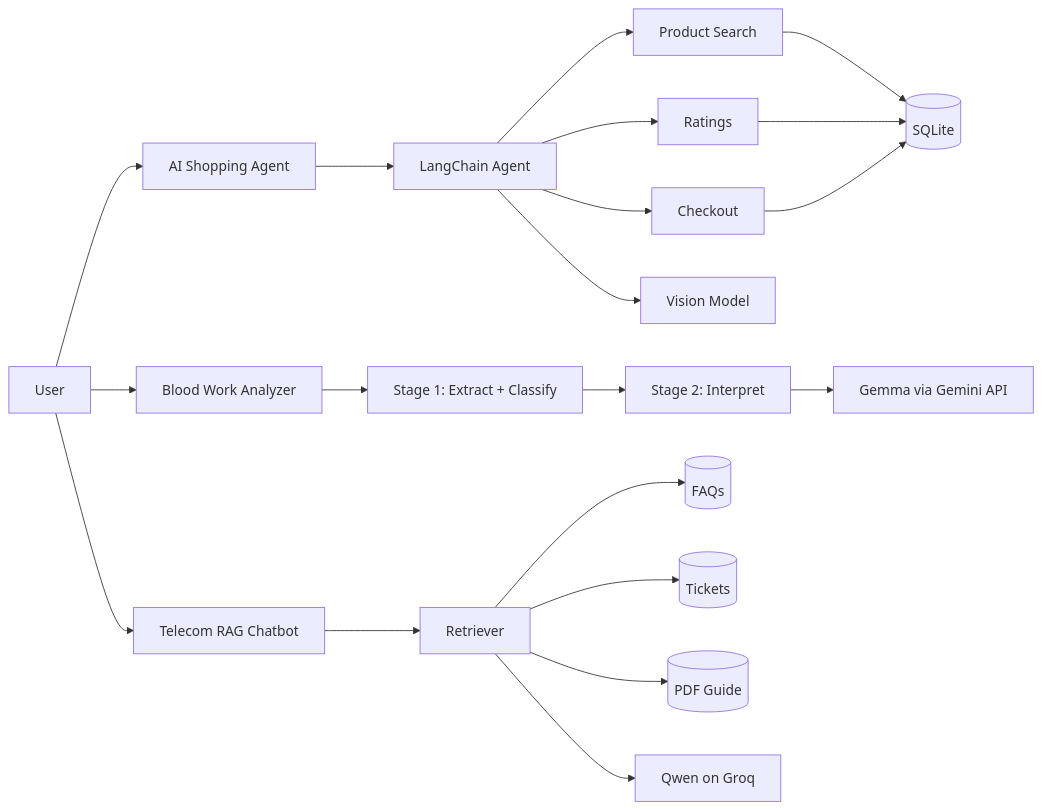
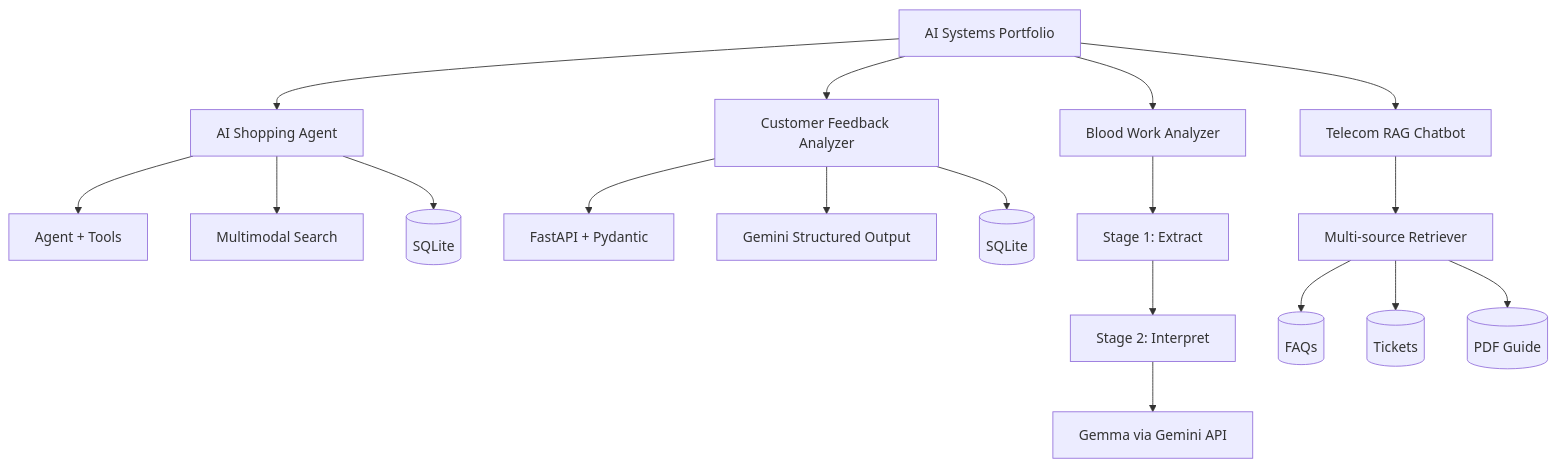
One commit to chaitanya4595-afk/agentic-ai-projects changed the diagram in README.md. Above: the diagram before and after it, drawn with Mermaid. The commit also changed other lines of this file, not shown here.

````diff
--- a/README.md
+++ b/README.md
@@ -18,25 +64,26 @@
 ```mermaid
-flowchart LR
-    U[User] --> S[AI Shopping Agent]
-    U --> B[Blood Work Analyzer]
-    U --> R[Telecom RAG Chatbot]
+flowchart TB
+    P[AI Systems Portfolio]
 
-    S --> A[LangChain Agent]
-    A --> T1[Product Search]
-    A --> T2[Ratings]
-    A --> T3[Checkout]
-    A --> V[Vision Model]
-    T1 --> DB1[(SQLite)]
-    T2 --> DB1
-    T3 --> DB1
+    P --> SHOP[AI Shopping Agent]
+    P --> FEEDBACK[Customer Feedback Analyzer]
+    P --> BLOOD[Blood Work Analyzer]
+    P --> RAG[Telecom RAG Chatbot]
 
-    B --> E[Stage 1: Extract + Classify]
-    E --> I[Stage 2: Interpret]
-    I --> G[Gemma via Gemini API]
+    SHOP --> AGENT[Agent + Tools]
+    SHOP --> VISION[Multimodal Search]
+    SHOP --> DB1[(SQLite)]
 
-    R --> RET[Retriever]
+    FEEDBACK --> API[FastAPI + Pydantic]
+    FEEDBACK --> GEMINI1[Gemini Structured Output]
+    FEEDBACK --> DB2[(SQLite)]
+
+    BLOOD --> STAGE1[Stage 1: Extract]
+    STAGE1 --> STAGE2[Stage 2: Interpret]
+    STAGE2 --> GEMINI2[Gemma via Gemini API]
+
+    RAG --> RET[Multi-source Retriever]
     RET --> FAQ[(FAQs)]
     RET --> TIX[(Tickets)]
     RET --> PDF[(PDF Guide)]
-    RET --> LLM[Qwen on Groq]
 ```
````
